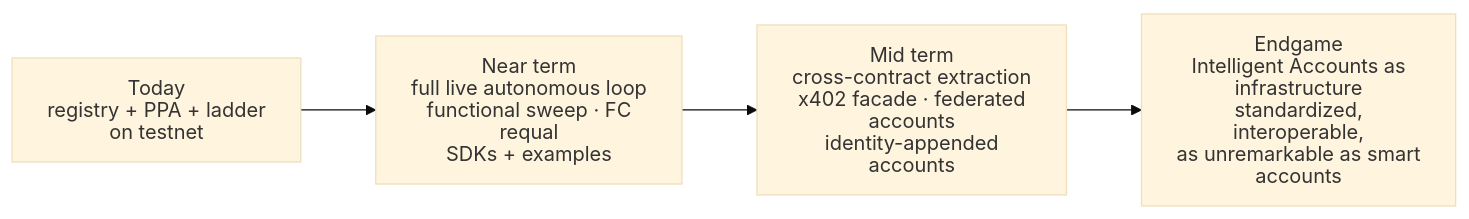
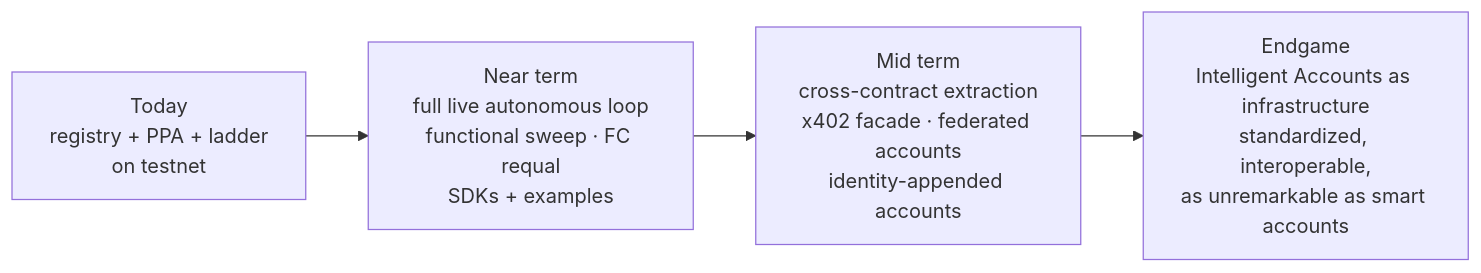
Before and after one commit to etvjay/Nomos: the second of 2 diagrams in NOMOS_WHITEPAPER.md, drawn with Mermaid. The commit also changed other lines of this file and 2 other files, not shown here.

Commit message:
whitepapers: drop mermaid init directives — GitHub renderer rejects the config combo and falls back to raw text
Diagram syntax itself validated (renders via mermaid.ink). GitHub's
mermaid sandbox is stricter; default theme renders cleanly without the
directive.

````diff
--- a/NOMOS_WHITEPAPER.md
+++ b/NOMOS_WHITEPAPER.md
@@ -111,7 +110,6 @@
 ```mermaid
-%%{init: {"theme": "base", "securityLevel": "strict", "htmlLabels": false, "flowchart": {"htmlLabels": false, "curve": "basis", "nodeSpacing": 44, "rankSpacing": 60, "padding": 14}}}%%
 flowchart LR
     NOW["Today<br/>registry + PPA + ladder<br/>on testnet"] --> NEAR["Near term<br/>full live autonomous loop<br/>functional sweep · FC requal<br/>SDKs + examples"]
     NEAR --> MID["Mid term<br/>cross-contract extraction<br/>x402 facade · federated accounts<br/>identity-appended accounts"]
     MID --> FAR["Endgame<br/>Intelligent Accounts as infrastructure<br/>standardized, interoperable,<br/>as unremarkable as smart accounts"]
 ```
````
